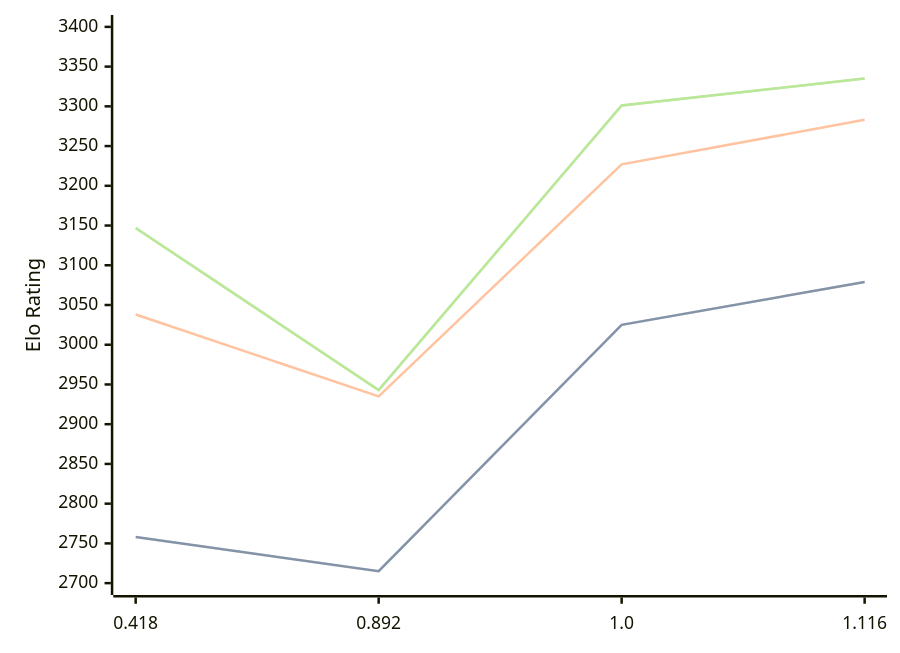
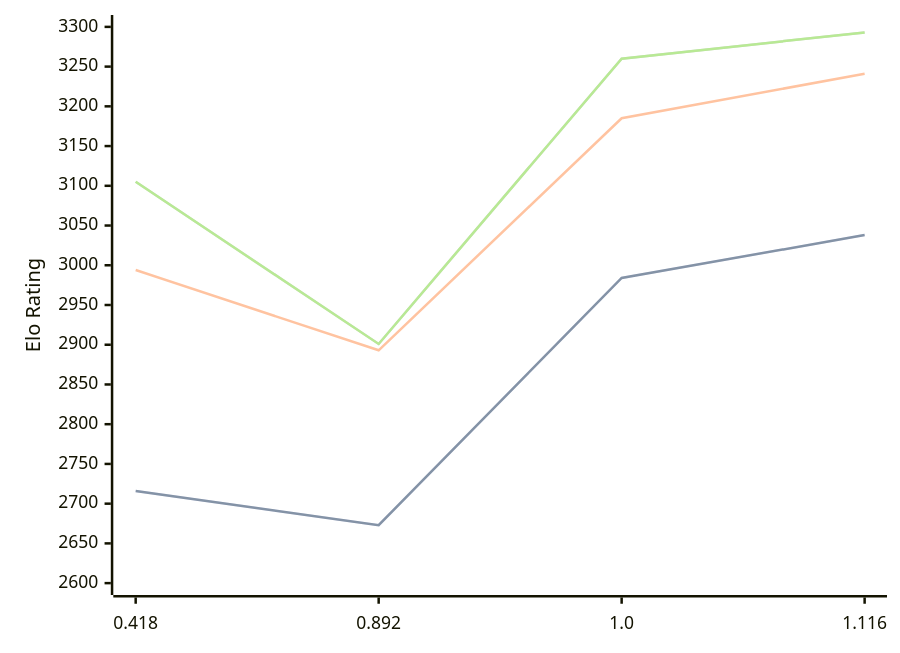
One commit to computer-chess-index/cci changed the diagram in engines/Malika.md. Above: the diagram before and after it, drawn with Mermaid. The commit also changed other lines of this file, not shown here.

Commit message:
Update CCI Ratings (ELO VLTC) - 2026-05-19

````diff
--- a/engines/Malika.md
+++ b/engines/Malika.md
@@ -34,11 +34,11 @@
 ```mermaid
 %%{init: {"theme":"base","themeVariables":{"seriesColors:['#a3a3a3','#222221','#faa371']}}}%%
 xychart-beta
   x-axis ["0.418", "0.892", "1.0", "1.116"]
-  y-axis "Elo Rating" 2700 --> 3400
-  line "STC (8.0+0.08s)" [2758, 2715, 3025, 3079]
-  line "STC (8.0+0.08s)" [2758, 2715, 3025, 3079]
-  line "LTC (60.0+0.60s)" [3038, 2935, 3227, 3283]
-  line "VLTC (2m24s+1.12s)" [3147, 2943, 3301, 3335]
-  line "VLTC (2m24s+1.12s)" [3147, 2943, 3301, 3335]
+  y-axis "Elo Rating" 2600 --> 3300
+  line "STC (8.0+0.08s)" [2716, 2673, 2984, 3038]
+  line "STC (8.0+0.08s)" [2716, 2673, 2984, 3038]
+  line "LTC (60.0+0.60s)" [2994, 2893, 3185, 3241]
+  line "VLTC (2m24s+1.12s)" [3105, 2901, 3260, 3293]
+  line "VLTC (2m24s+1.12s)" [3105, 2901, 3260, 3293]
 ```
````
